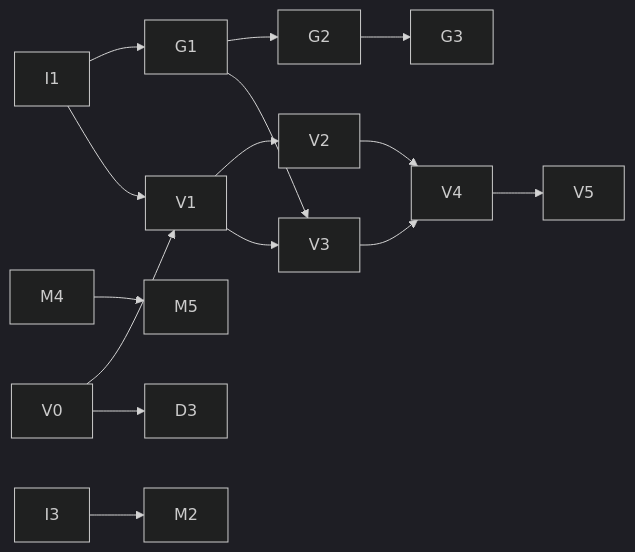
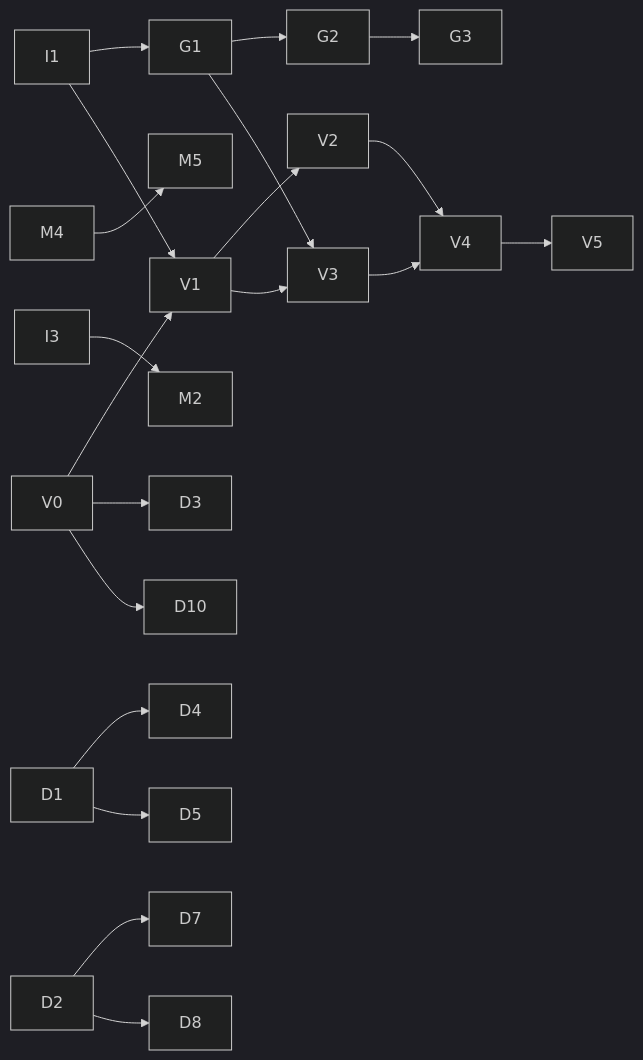
Before and after one commit to Dami-wq-k03/nano-lmcache: the diagram in ROADMAP.md, drawn with Mermaid (dark theme). The commit also changed other lines of this file, not shown here.

Commit message:
Add project logo to README and teaching tasks D4-D11 to roadmap

````diff
--- a/ROADMAP.md
+++ b/ROADMAP.md
@@ -109,11 +120,16 @@
 ```mermaid
 graph LR
   I1 --> G1 --> G2 --> G3
   I1 --> V1
   V0 --> V1 --> V2 --> V4 --> V5
   V1 --> V3 --> V4
   G1 --> V3
   M4 --> M5
   I3 --> M2
   V0 --> D3
+  D1 --> D4
+  D1 --> D5
+  D2 --> D7
+  D2 --> D8
+  V0 --> D10
 ```
````
